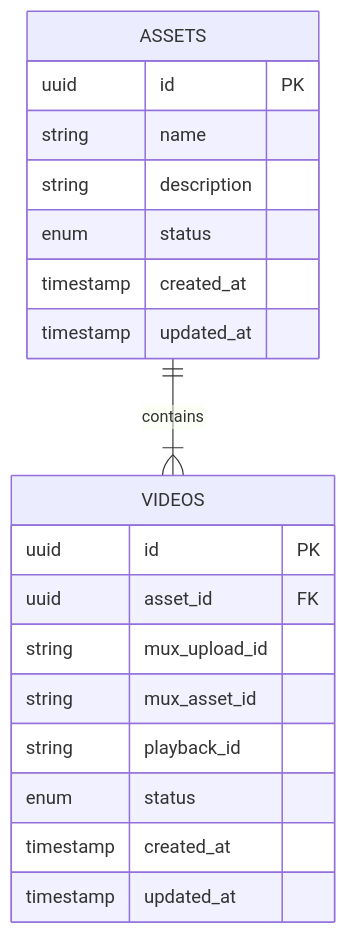
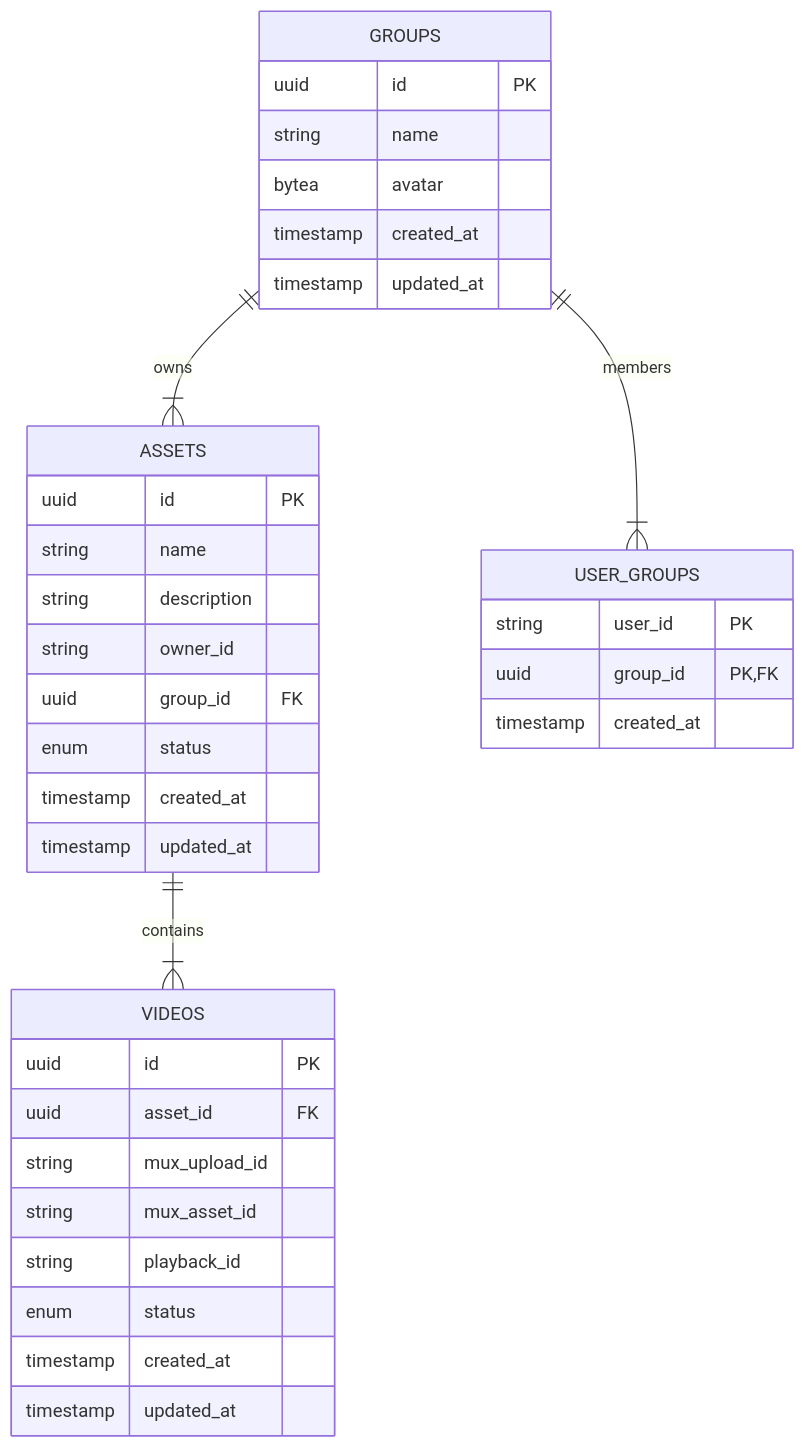
The fourth of 4 diagrams in README.md (OZIOisgood/zeta), drawn with Mermaid before and after one commit.

Commit message:
feat: add group and user group models with relationships to assets and include owner_id in assets

````diff
--- a/README.md
+++ b/README.md
@@ -156,22 +156,39 @@
 ```mermaid
 erDiagram
     ASSETS ||--|{ VIDEOS : contains
+    GROUPS ||--|{ ASSETS : owns
+    GROUPS ||--|{ USER_GROUPS : members
+
     ASSETS {
         uuid id PK
         string name
         string description
+        string owner_id
+        uuid group_id FK
         enum status
         timestamp created_at
         timestamp updated_at
     }
     VIDEOS {
         uuid id PK
         uuid asset_id FK
         string mux_upload_id
         string mux_asset_id
         string playback_id
         enum status
         timestamp created_at
         timestamp updated_at
     }
+    GROUPS {
+        uuid id PK
+        string name
+        bytea avatar
+        timestamp created_at
+        timestamp updated_at
+    }
+    USER_GROUPS {
+        string user_id PK
+        uuid group_id PK, FK
+        timestamp created_at
+    }
 ```
````
